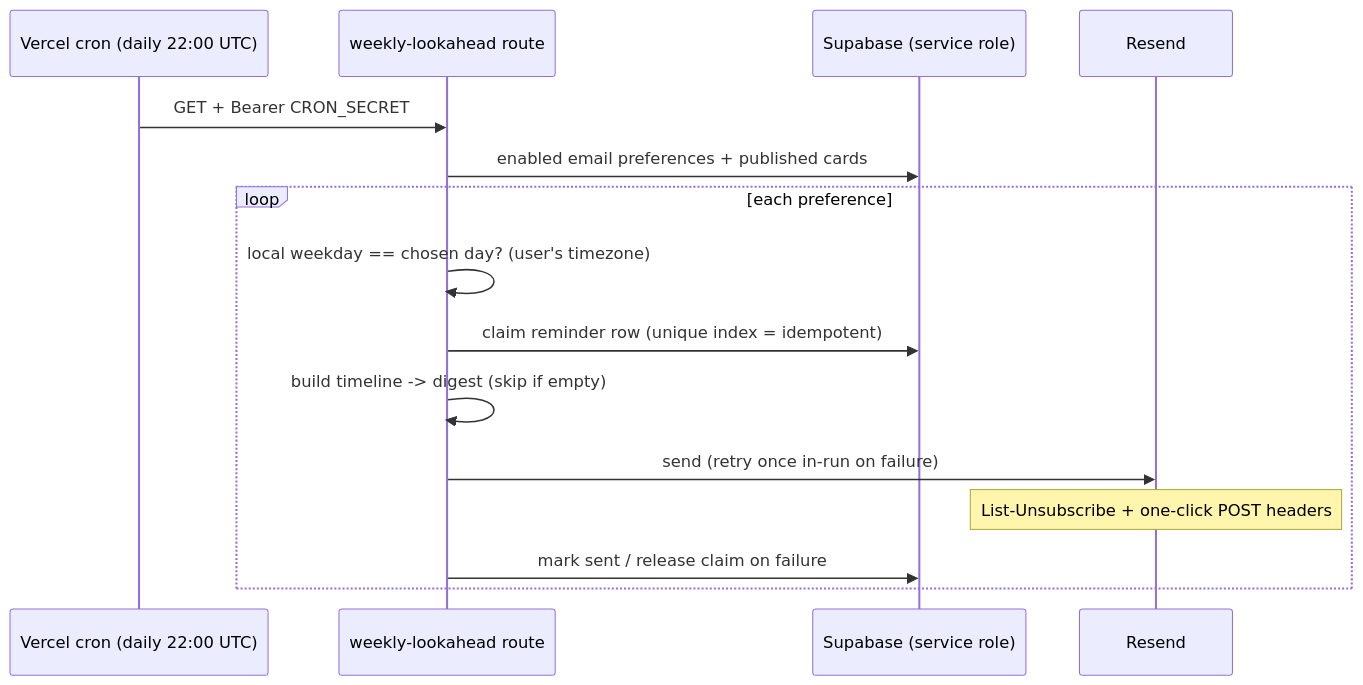
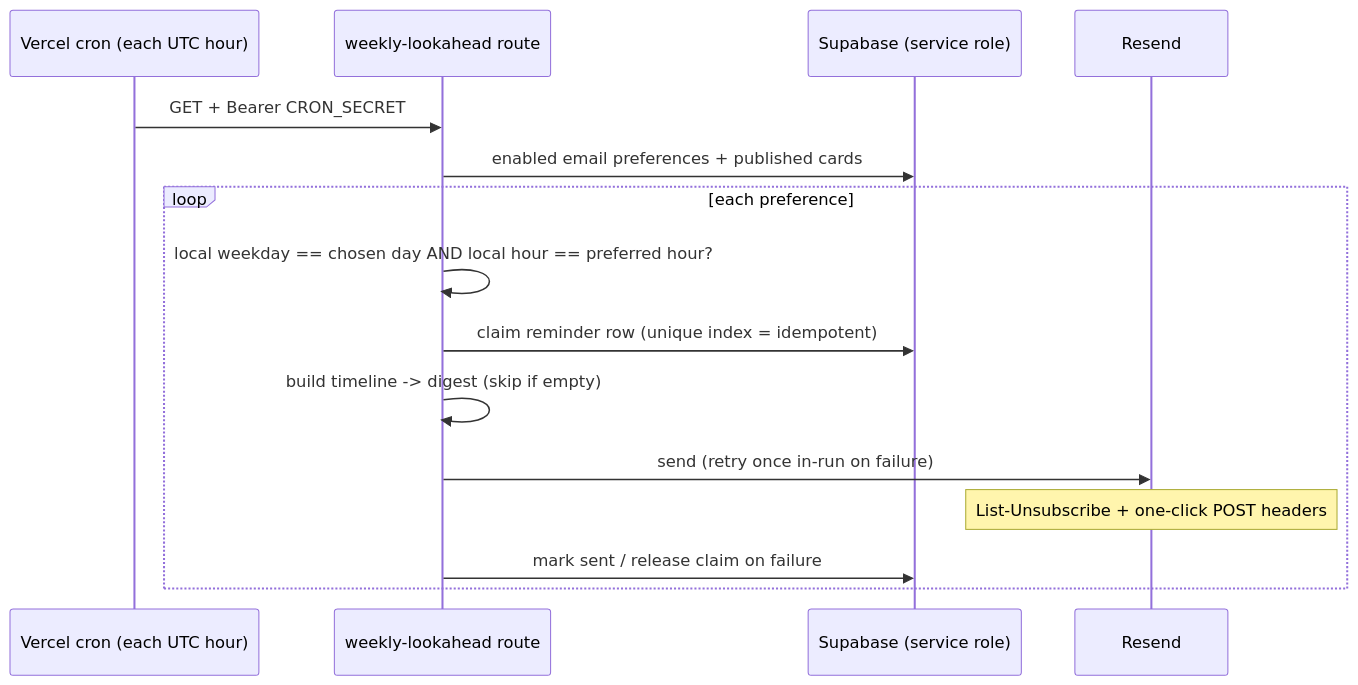
One commit to jacobashhurst-commits/wish-i-knew changed the sixth of 6 diagrams in docs/how-it-works.md. Above: the diagram before and after it, drawn with Mermaid. The commit also changed other lines of this file and 5 other files, not shown here.

First line of the commit message:
Honor preferred lookahead hour with hourly Hobby-safe cron slots.

````diff
--- a/docs/how-it-works.md
+++ b/docs/how-it-works.md
@@ -160,17 +160,17 @@
 ```mermaid
 sequenceDiagram
-  participant V as Vercel cron (daily 22:00 UTC)
+  participant V as Vercel cron (each UTC hour)
   participant R as weekly-lookahead route
   participant DB as Supabase (service role)
   participant Re as Resend
   V->>R: GET + Bearer CRON_SECRET
   R->>DB: enabled email preferences + published cards
   loop each preference
-    R->>R: local weekday == chosen day? (user's timezone)
+    R->>R: local weekday == chosen day AND local hour == preferred hour?
     R->>DB: claim reminder row (unique index = idempotent)
     R->>R: build timeline -> digest (skip if empty)
     R->>Re: send (retry once in-run on failure)
     Note over Re: List-Unsubscribe + one-click POST headers
     R->>DB: mark sent / release claim on failure
   end
 ```
````
